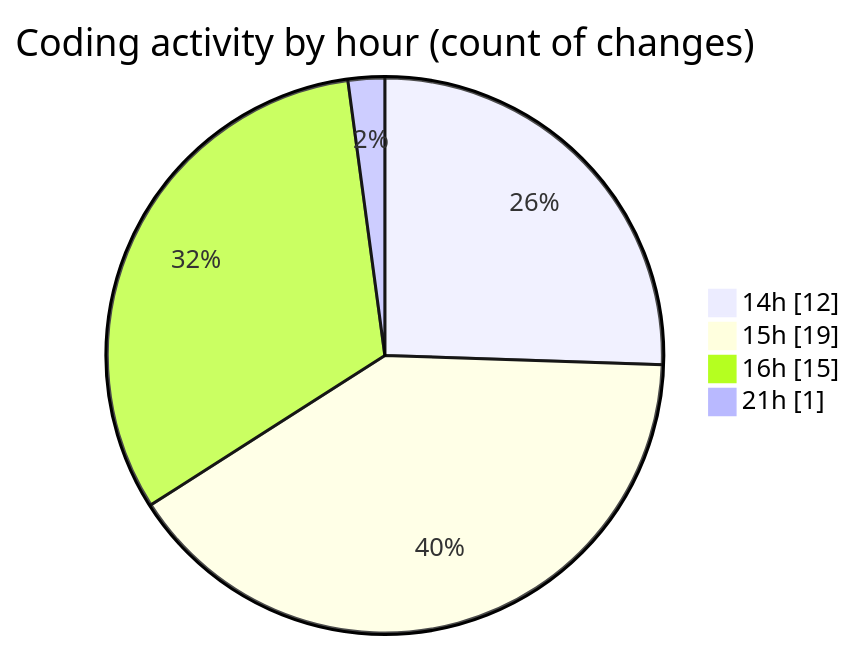
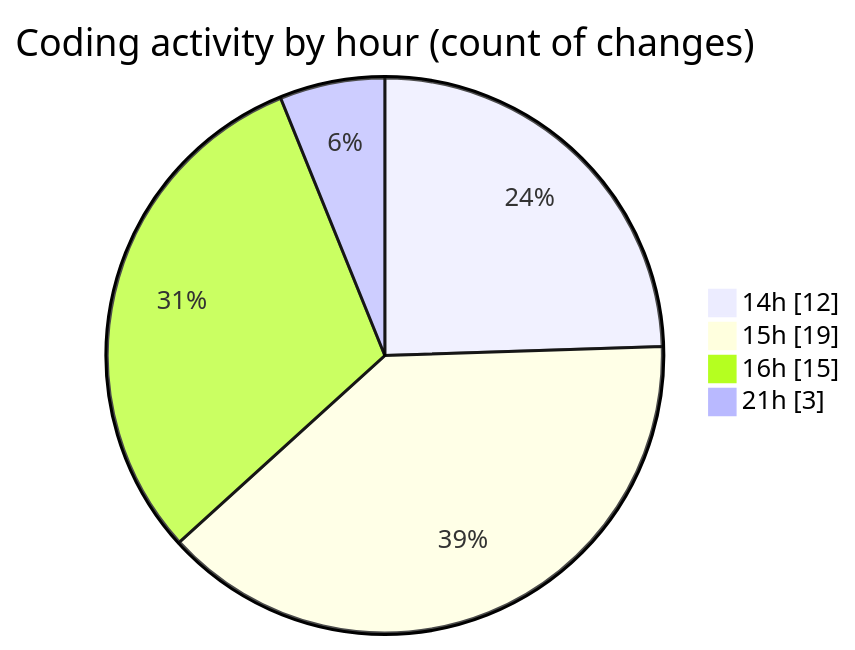
Before and after one commit to lephambinh05/code-tracking: the second of 2 diagrams in 2025-08-10/rentotp/README.md, drawn with Mermaid. The commit also changed other lines of this file and 1 other file, not shown here.

````diff
--- a/2025-08-10/rentotp/README.md
+++ b/2025-08-10/rentotp/README.md
@@ -35,8 +36,8 @@
 ```mermaid
 pie showData
 title Coding activity by hour (count of changes)
 "14h" : 12
 "15h" : 19
 "16h" : 15
-"21h" : 1
+"21h" : 3
 ```
````
